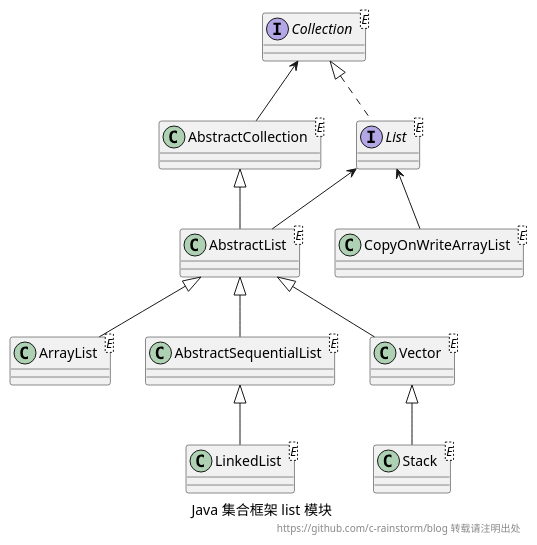
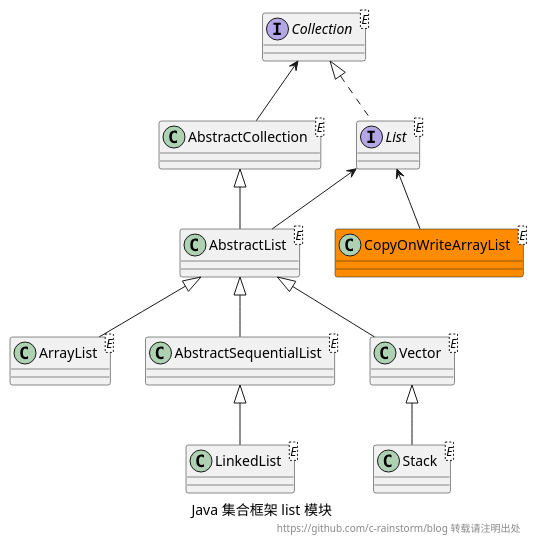
Before and after one commit to c-rainstorm/blog: the diagram in res/java-collection-framework-list.pu, drawn with PlantUML. The commit also changed 4 other files, not shown here.

Commit message:
[A] list:CopyOnWriteArrayList && map:EnumMap&IdentityHashMap

```diff
--- a/res/java-collection-framework-list.pu
+++ b/res/java-collection-framework-list.pu
@@ -1,32 +1,32 @@
 @startuml java-collection-framework-list
 
 interface Collection<E>
     class AbstractCollection<E>
     interface List<E>
-        class CopyOnWriteArrayList<E>
+        class CopyOnWriteArrayList<E> #Darkorange
         class AbstractList<E>
             class ArrayList<E>
             class AbstractSequentialList<E>
                 class LinkedList<E>
             class Vector<E>
                 class Stack<E>
 
 Collection <|.. List
 List <-- CopyOnWriteArrayList
 
 Collection <-- AbstractCollection
 AbstractCollection <|-- AbstractList
 
 List <-- AbstractList
 AbstractList <|-- Vector
 Vector <|-- Stack
 AbstractList <|-- ArrayList
 AbstractList <|-- AbstractSequentialList
 AbstractSequentialList <|-- LinkedList
 
 
 caption Java 集合框架 list 模块
 
 right footer https://github.com/c-rainstorm/blog 转载请注明出处
 
 @enduml
```
